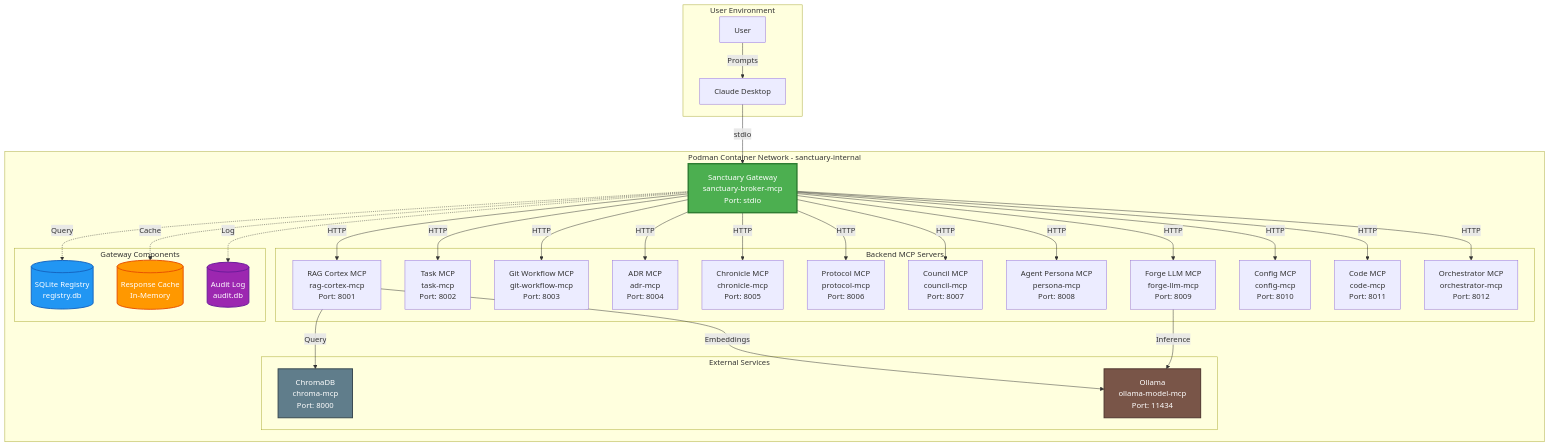
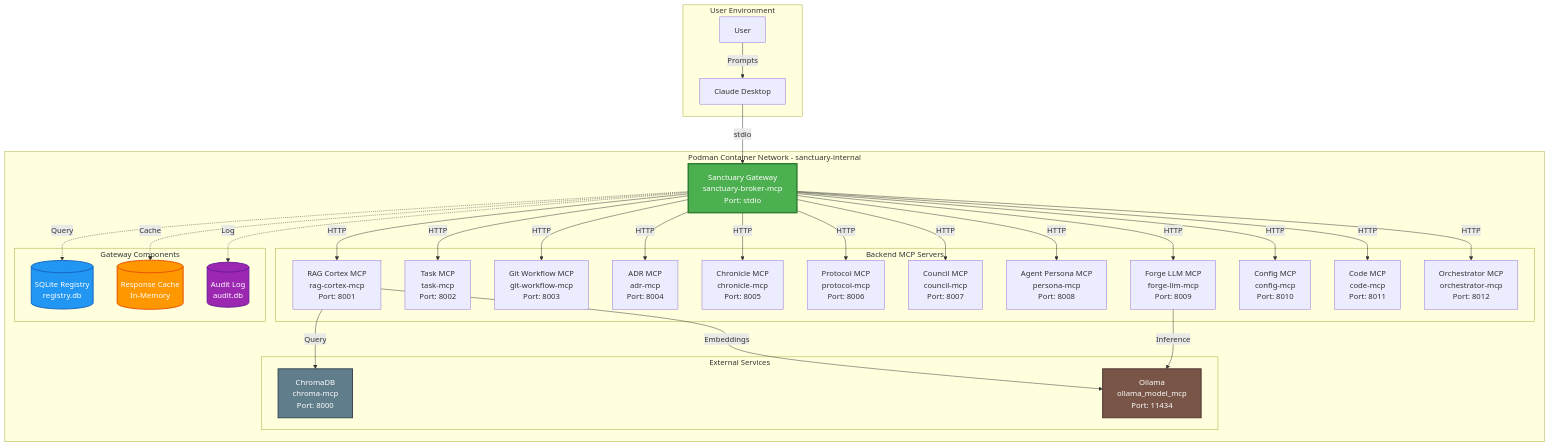
Before and after one commit to richfrem/Project_Sanctuary: the diagram in docs/mcp_servers/gateway/research/07_implementation_plan.md, drawn with Mermaid. The commit also changed other lines of this file and 86 other files, not shown here.

````diff
--- a/docs/mcp_servers/gateway/research/07_implementation_plan.md
+++ b/docs/mcp_servers/gateway/research/07_implementation_plan.md
@@ -1234,68 +1234,68 @@
 ```mermaid
 graph TB
     subgraph "User Environment"
         User[User]
         Claude[Claude Desktop]
     end
     
     subgraph "Podman Container Network - sanctuary-internal"
         Gateway[Sanctuary Gateway<br/>sanctuary-broker-mcp<br/>Port: stdio]
         
         subgraph "Backend MCP Servers"
             RAG[RAG Cortex MCP<br/>rag-cortex-mcp<br/>Port: 8001]
             Task[Task MCP<br/>task-mcp<br/>Port: 8002]
             Git[Git Workflow MCP<br/>git-workflow-mcp<br/>Port: 8003]
             ADR[ADR MCP<br/>adr-mcp<br/>Port: 8004]
             Chronicle[Chronicle MCP<br/>chronicle-mcp<br/>Port: 8005]
             Protocol[Protocol MCP<br/>protocol-mcp<br/>Port: 8006]
             Council[Council MCP<br/>council-mcp<br/>Port: 8007]
             Persona[Agent Persona MCP<br/>persona-mcp<br/>Port: 8008]
             Forge[Forge LLM MCP<br/>forge-llm-mcp<br/>Port: 8009]
             Config[Config MCP<br/>config-mcp<br/>Port: 8010]
             Code[Code MCP<br/>code-mcp<br/>Port: 8011]
             Orch[Orchestrator MCP<br/>orchestrator-mcp<br/>Port: 8012]
         end
         
         subgraph "Gateway Components"
             Registry[(SQLite Registry<br/>registry.db)]
             Cache[(Response Cache<br/>In-Memory)]
             AuditLog[(Audit Log<br/>audit.db)]
         end
         
         subgraph "External Services"
             Chroma[ChromaDB<br/>chroma-mcp<br/>Port: 8000]
-            Ollama[Ollama<br/>ollama-model-mcp<br/>Port: 11434]
+            Ollama[Ollama<br/>ollama_model_mcp<br/>Port: 11434]
         end
     end
     
     User -->|Prompts| Claude
     Claude -->|stdio| Gateway
     
     Gateway -->|HTTP| RAG
     Gateway -->|HTTP| Task
     Gateway -->|HTTP| Git
     Gateway -->|HTTP| ADR
     Gateway -->|HTTP| Chronicle
     Gateway -->|HTTP| Protocol
     Gateway -->|HTTP| Council
     Gateway -->|HTTP| Persona
     Gateway -->|HTTP| Forge
     Gateway -->|HTTP| Config
     Gateway -->|HTTP| Code
     Gateway -->|HTTP| Orch
     
     Gateway -.->|Query| Registry
     Gateway -.->|Cache| Cache
     Gateway -.->|Log| AuditLog
     
     RAG -->|Query| Chroma
     RAG -->|Embeddings| Ollama
     Forge -->|Inference| Ollama
     
     style Gateway fill:#4CAF50,stroke:#2E7D32,stroke-width:3px,color:#fff
     style Registry fill:#2196F3,stroke:#1565C0,stroke-width:2px,color:#fff
     style Cache fill:#FF9800,stroke:#E65100,stroke-width:2px,color:#fff
     style AuditLog fill:#9C27B0,stroke:#6A1B9A,stroke-width:2px,color:#fff
     style Chroma fill:#607D8B,stroke:#37474F,stroke-width:2px,color:#fff
     style Ollama fill:#795548,stroke:#4E342E,stroke-width:2px,color:#fff
 ```
````
